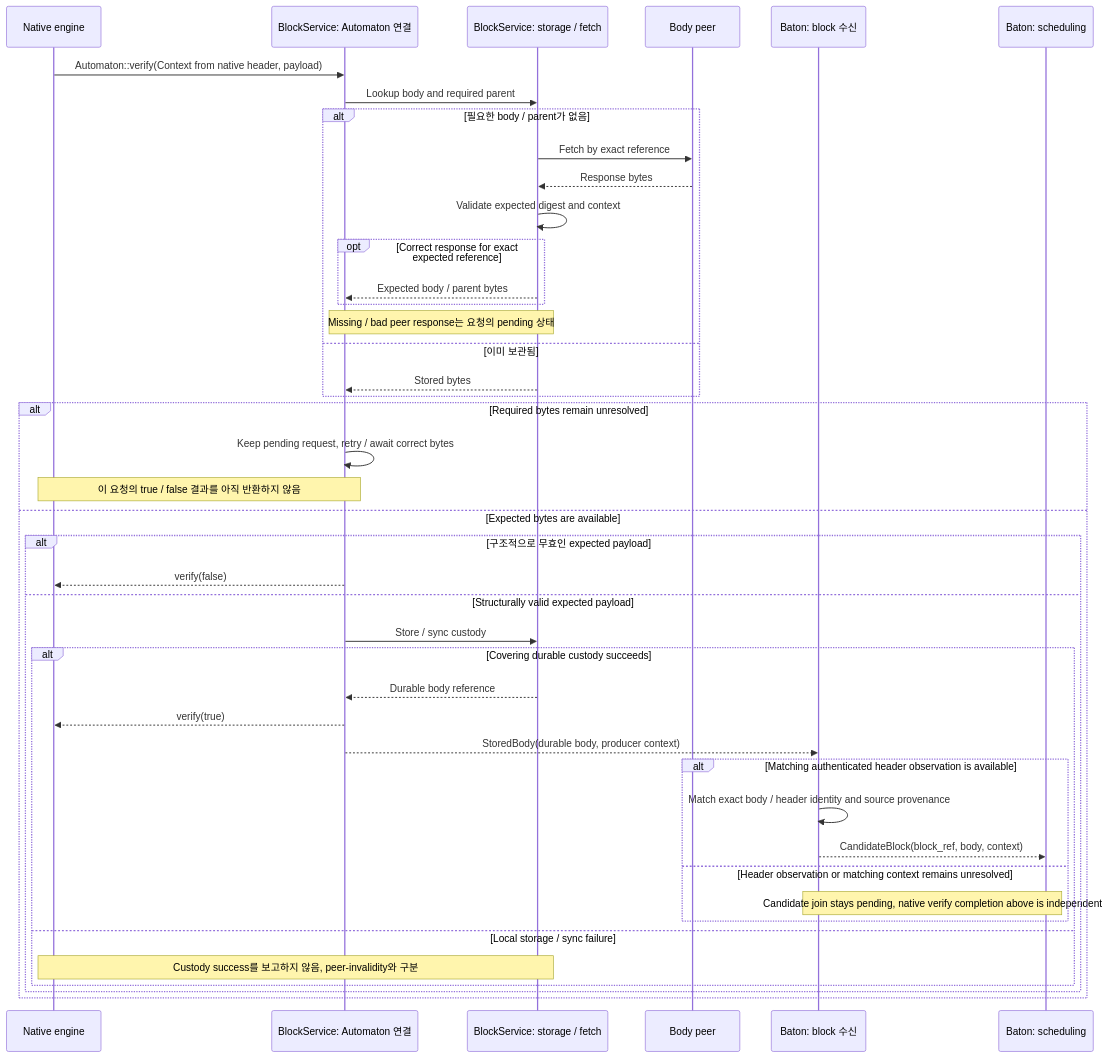
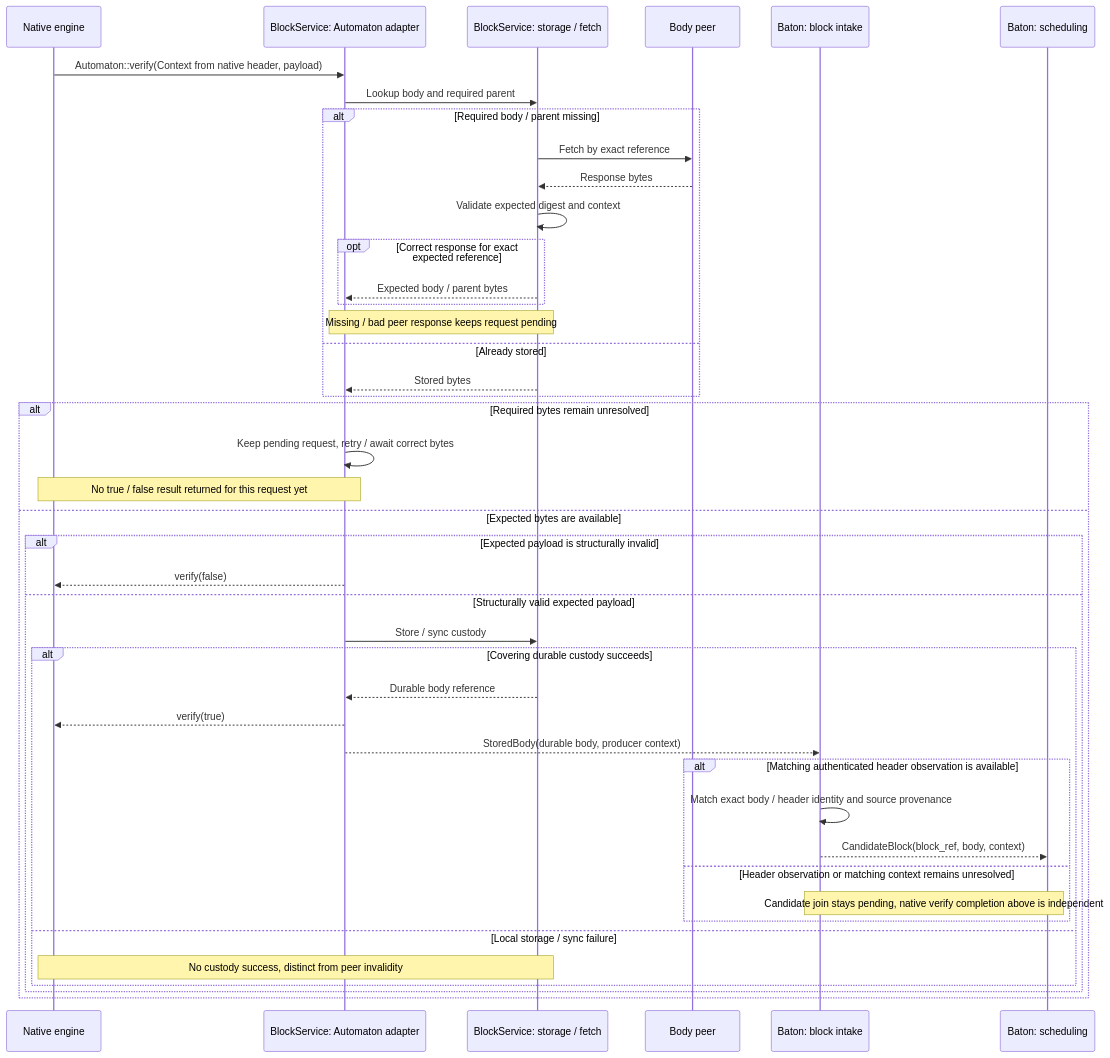
Before and after one commit to djm07073/baton-research: the second of 2 diagrams in docs/e2e/block-body.md, drawn with Mermaid. The commit also changed other lines of this file and 99 other files, not shown here.

````diff
--- a/docs/e2e/block-body.md
+++ b/docs/e2e/block-body.md
@@ -35,45 +35,45 @@
 ```mermaid
 sequenceDiagram
     participant N as Native engine
-    participant A as BlockService: Automaton 연결
+    participant A as BlockService: Automaton adapter
     participant S as BlockService: storage / fetch
     participant P as Body peer
-    participant I as Baton: block 수신
+    participant I as Baton: block intake
     participant B as Baton: scheduling
     N->>A: Automaton::verify(Context from native header, payload)
     A->>S: Lookup body and required parent
-    alt 필요한 body / parent가 없음
+    alt Required body / parent missing
         S->>P: Fetch by exact reference
         P-->>S: Response bytes
         S->>S: Validate expected digest and context
         opt Correct response for exact expected reference
             S-->>A: Expected body / parent bytes
         end
-        Note over A,S: Missing / bad peer response는 요청의 pending 상태
-    else 이미 보관됨
+        Note over A,S: Missing / bad peer response keeps request pending
+    else Already stored
         S-->>A: Stored bytes
     end
     alt Required bytes remain unresolved
         A->>A: Keep pending request, retry / await correct bytes
-        Note over N,A: 이 요청의 true / false 결과를 아직 반환하지 않음
+        Note over N,A: No true / false result returned for this request yet
     else Expected bytes are available
-        alt 구조적으로 무효인 expected payload
+        alt Expected payload is structurally invalid
             A-->>N: verify(false)
         else Structurally valid expected payload
             A->>S: Store / sync custody
             alt Covering durable custody succeeds
                 S-->>A: Durable body reference
                 A-->>N: verify(true)
                 A-->>I: StoredBody(durable body, producer context)
                 alt Matching authenticated header observation is available
                     I->>I: Match exact body / header identity and source provenance
                     I-->>B: CandidateBlock(block_ref, body, context)
                 else Header observation or matching context remains unresolved
                     Note over I,B: Candidate join stays pending, native verify completion above is independent
                 end
             else Local storage / sync failure
-                Note over N,S: Custody success를 보고하지 않음, peer-invalidity와 구분
+                Note over N,S: No custody success, distinct from peer invalidity
             end
         end
     end
 ```
````
